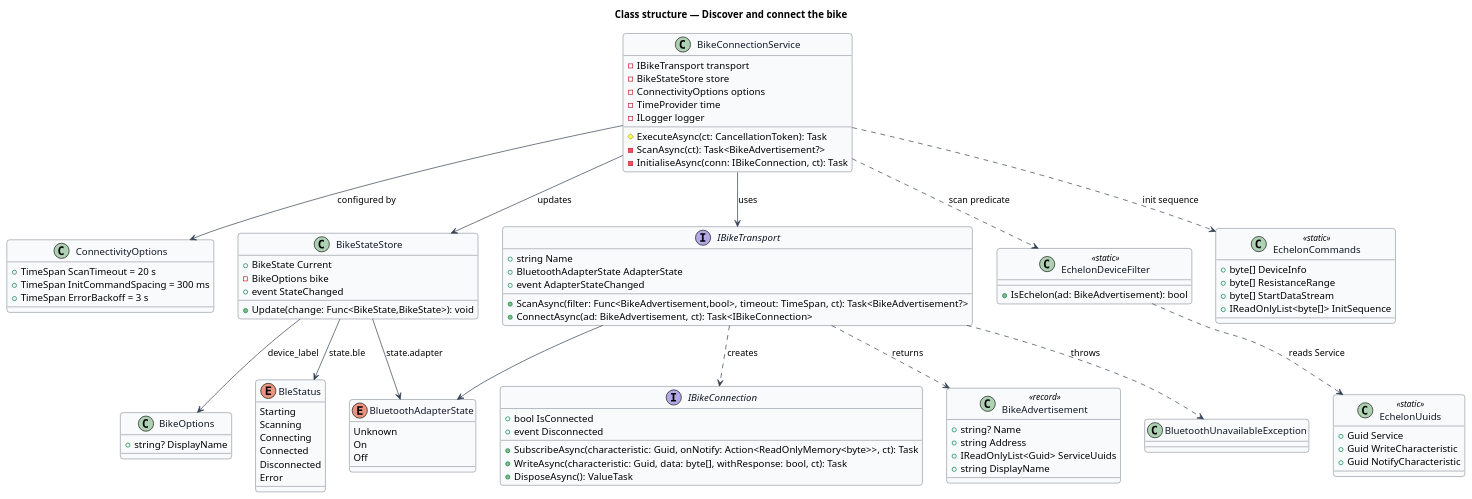
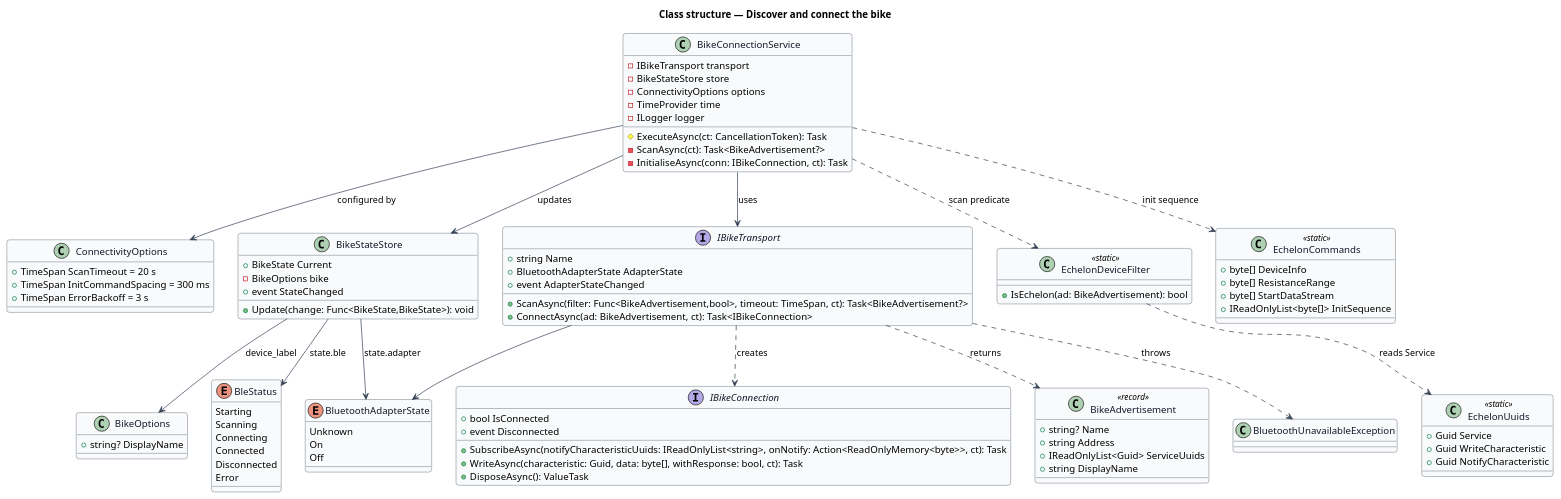
One commit to QuinntyneBrown/ride-one changed the diagram in docs/detailed-designs/bike-connectivity/discover-and-connect-bike/diagrams/class-structure.puml. Above: the diagram before and after it, drawn with PlantUML. The commit also changed 100 other files, not shown here.

```diff
--- a/docs/detailed-designs/bike-connectivity/discover-and-connect-bike/diagrams/class-structure.puml
+++ b/docs/detailed-designs/bike-connectivity/discover-and-connect-bike/diagrams/class-structure.puml
@@ -1,112 +1,112 @@
 @startuml
 skinparam backgroundColor #FFFFFF
 skinparam shadowing false
 skinparam roundcorner 8
 skinparam defaultFontName Arial
 skinparam ArrowColor #344054
 skinparam class {
   BorderColor #344054
   FontColor #101828
   BackgroundColor #F9FAFB
 }
 title Class structure — Discover and connect the bike
 
 class BikeConnectionService {
   -IBikeTransport transport
   -BikeStateStore store
   -ConnectivityOptions options
   -TimeProvider time
   -ILogger logger
   #ExecuteAsync(ct: CancellationToken): Task
   -ScanAsync(ct): Task<BikeAdvertisement?>
   -InitialiseAsync(conn: IBikeConnection, ct): Task
 }
 
 class BikeOptions {
   +string? DisplayName
 }
 
 enum BluetoothAdapterState {
   Unknown
   On
   Off
 }
 
 class ConnectivityOptions {
   +TimeSpan ScanTimeout = 20 s
   +TimeSpan InitCommandSpacing = 300 ms
   +TimeSpan ErrorBackoff = 3 s
 }
 
 interface IBikeTransport {
   +string Name
   +BluetoothAdapterState AdapterState
   +event AdapterStateChanged
   +ScanAsync(filter: Func<BikeAdvertisement,bool>, timeout: TimeSpan, ct): Task<BikeAdvertisement?>
   +ConnectAsync(ad: BikeAdvertisement, ct): Task<IBikeConnection>
 }
 
 interface IBikeConnection {
   +bool IsConnected
   +event Disconnected
-  +SubscribeAsync(characteristic: Guid, onNotify: Action<ReadOnlyMemory<byte>>, ct): Task
+  +SubscribeAsync(notifyCharacteristicUuids: IReadOnlyList<string>, onNotify: Action<ReadOnlyMemory<byte>>, ct): Task
   +WriteAsync(characteristic: Guid, data: byte[], withResponse: bool, ct): Task
   +DisposeAsync(): ValueTask
 }
 
 class BikeAdvertisement <<record>> {
   +string? Name
   +string Address
   +IReadOnlyList<Guid> ServiceUuids
   +string DisplayName
 }
 
 class EchelonDeviceFilter <<static>> {
   +IsEchelon(ad: BikeAdvertisement): bool
 }
 
 class EchelonUuids <<static>> {
   +Guid Service
   +Guid WriteCharacteristic
   +Guid NotifyCharacteristic
 }
 
 class EchelonCommands <<static>> {
   +byte[] DeviceInfo
   +byte[] ResistanceRange
   +byte[] StartDataStream
   +IReadOnlyList<byte[]> InitSequence
 }
 
 class BikeStateStore {
   +BikeState Current
   -BikeOptions bike
   +event StateChanged
   +Update(change: Func<BikeState,BikeState>): void
 }
 
 enum BleStatus {
   Starting
   Scanning
   Connecting
   Connected
   Disconnected
   Error
 }
 
 class BluetoothUnavailableException
 
 BikeConnectionService --> IBikeTransport : uses
 BikeConnectionService --> BikeStateStore : updates
 BikeConnectionService --> ConnectivityOptions : configured by
 BikeConnectionService ..> EchelonDeviceFilter : scan predicate
 BikeConnectionService ..> EchelonCommands : init sequence
 IBikeTransport ..> IBikeConnection : creates
 IBikeTransport ..> BikeAdvertisement : returns
 IBikeTransport ..> BluetoothUnavailableException : throws
 EchelonDeviceFilter ..> EchelonUuids : reads Service
 BikeStateStore --> BleStatus : state.ble
 BikeStateStore --> BluetoothAdapterState : state.adapter
 BikeStateStore --> BikeOptions : device_label
 IBikeTransport --> BluetoothAdapterState
 @enduml
```
